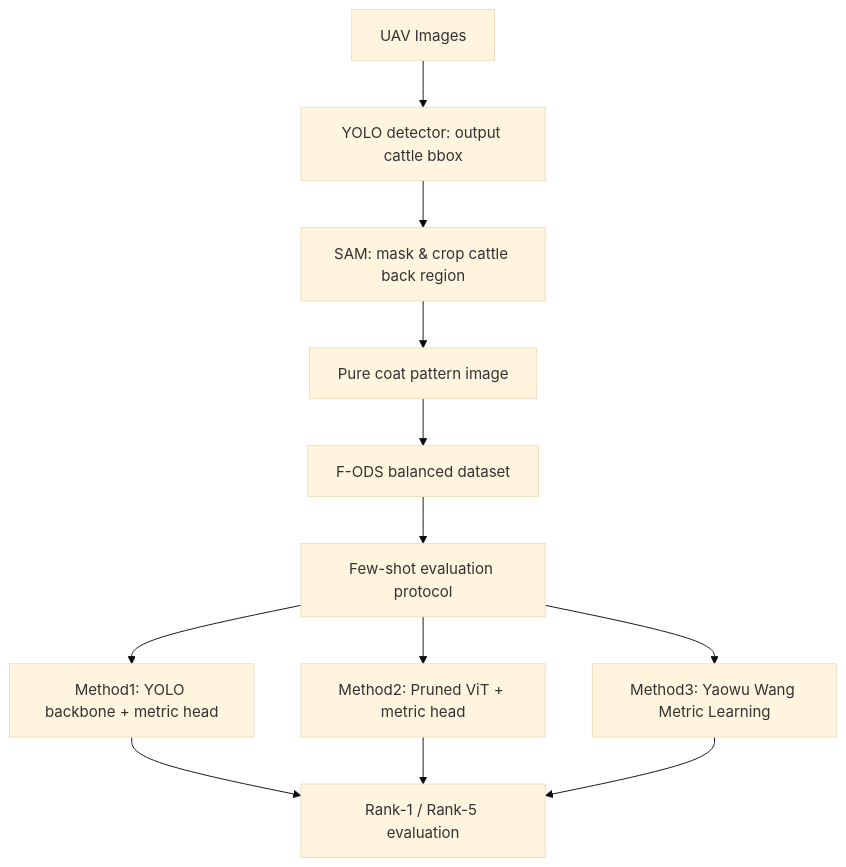
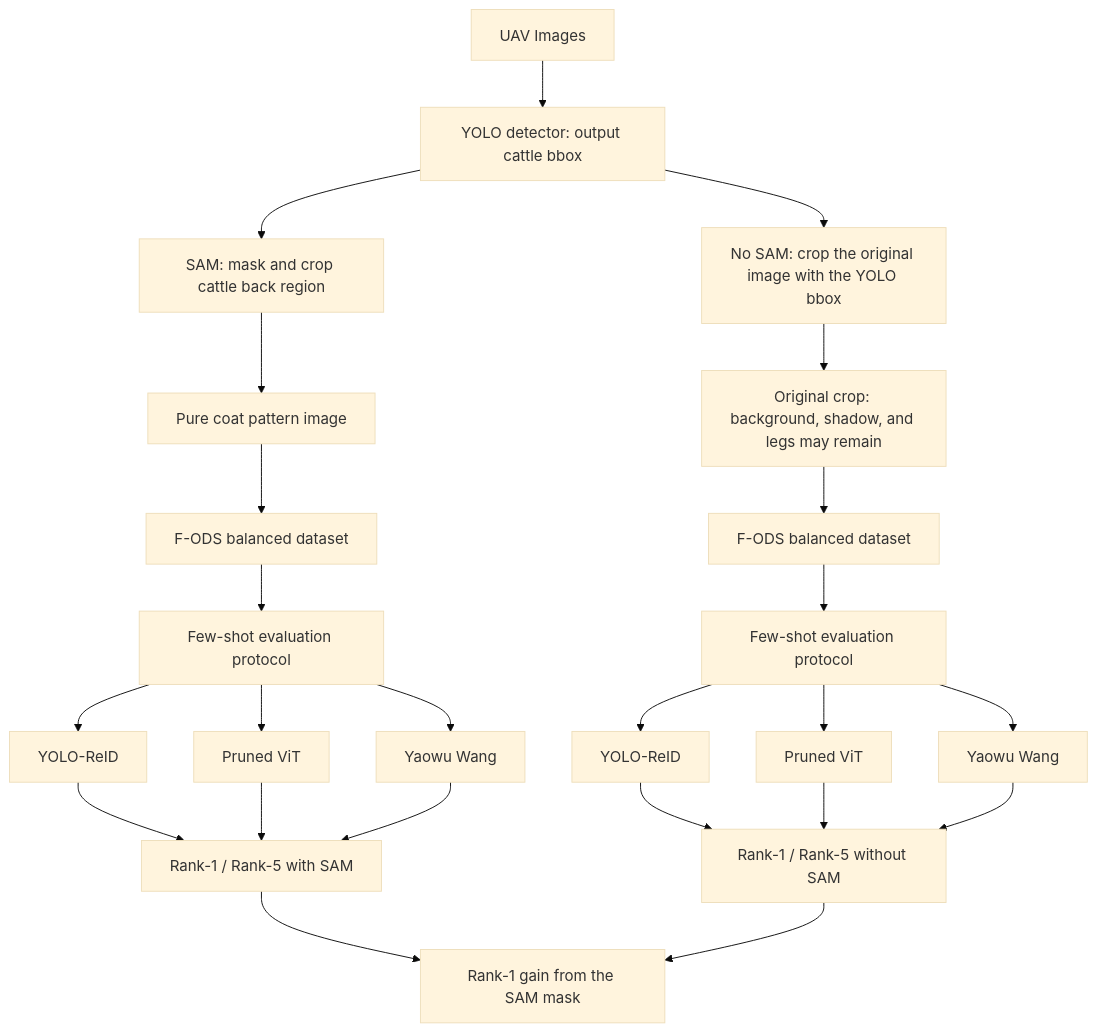
Before and after one commit to tianyi-star/2d_cattle: the diagram in README.md, drawn with Mermaid (base theme). The commit also changed other lines of this file and 10 other files, not shown here.

First line of the commit message:
Add the no-SAM crop as a full arm of the comparison. (#10)

````diff
--- a/README.md
+++ b/README.md
@@ -13,12 +13,22 @@
 ```mermaid
 flowchart TD
     A[UAV Images] --> B["YOLO detector: output cattle bbox"]
-    B --> C["SAM: mask & crop cattle back region"]
+    B --> C["SAM: mask and crop cattle back region"]
+    B --> N["No SAM: crop the original image with the YOLO bbox"]
     C --> D[Pure coat pattern image]
+    N --> P["Original crop: background, shadow, and legs may remain"]
     D --> E[F-ODS balanced dataset]
+    P --> Q[F-ODS balanced dataset]
     E --> F[Few-shot evaluation protocol]
-    F --> G["Method1: YOLO backbone + metric head"]
-    F --> H["Method2: Pruned ViT + metric head"]
-    F --> I["Method3: Yaowu Wang Metric Learning"]
-    G & H & I --> J["Rank-1 / Rank-5 evaluation"]
+    Q --> R[Few-shot evaluation protocol]
+    F --> G[YOLO-ReID]
+    F --> H[Pruned ViT]
+    F --> I[Yaowu Wang]
+    R --> G2[YOLO-ReID]
+    R --> H2[Pruned ViT]
+    R --> I2[Yaowu Wang]
+    G & H & I --> J["Rank-1 / Rank-5 with SAM"]
+    G2 & H2 & I2 --> K["Rank-1 / Rank-5 without SAM"]
+    J --> L["Rank-1 gain from the SAM mask"]
+    K --> L
 ```
````
